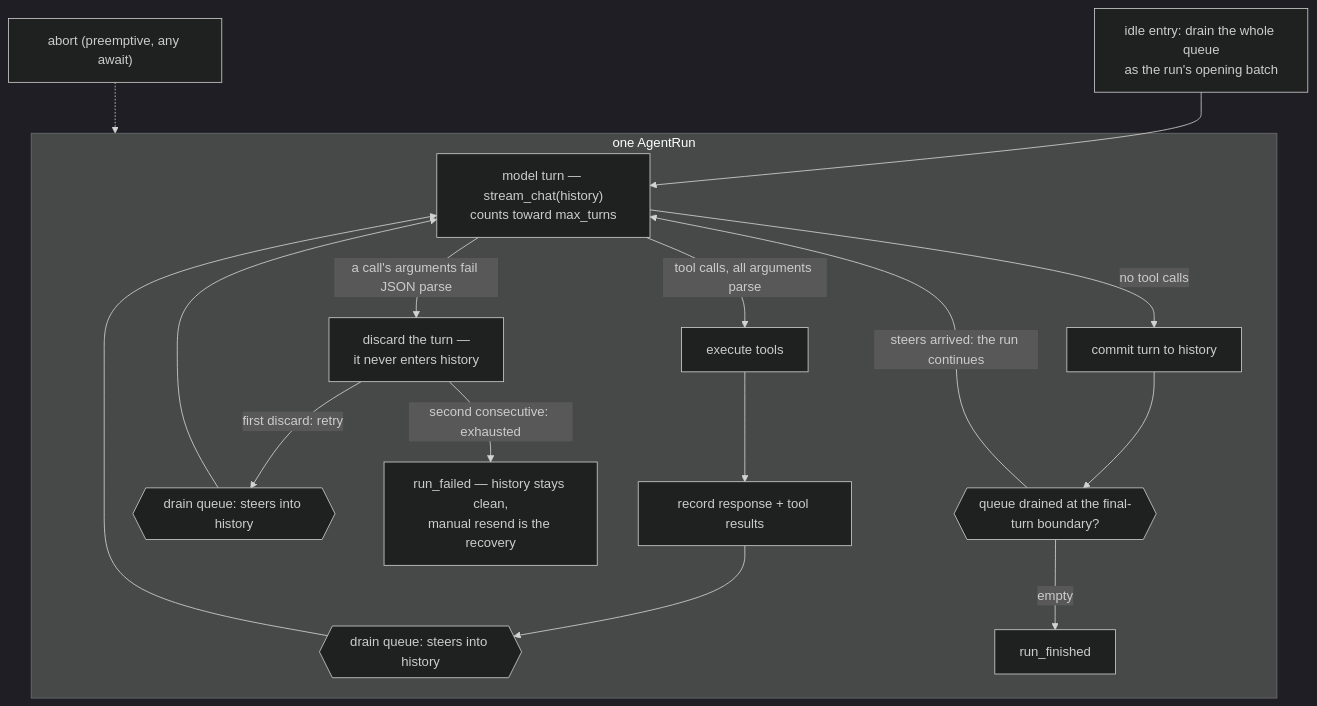
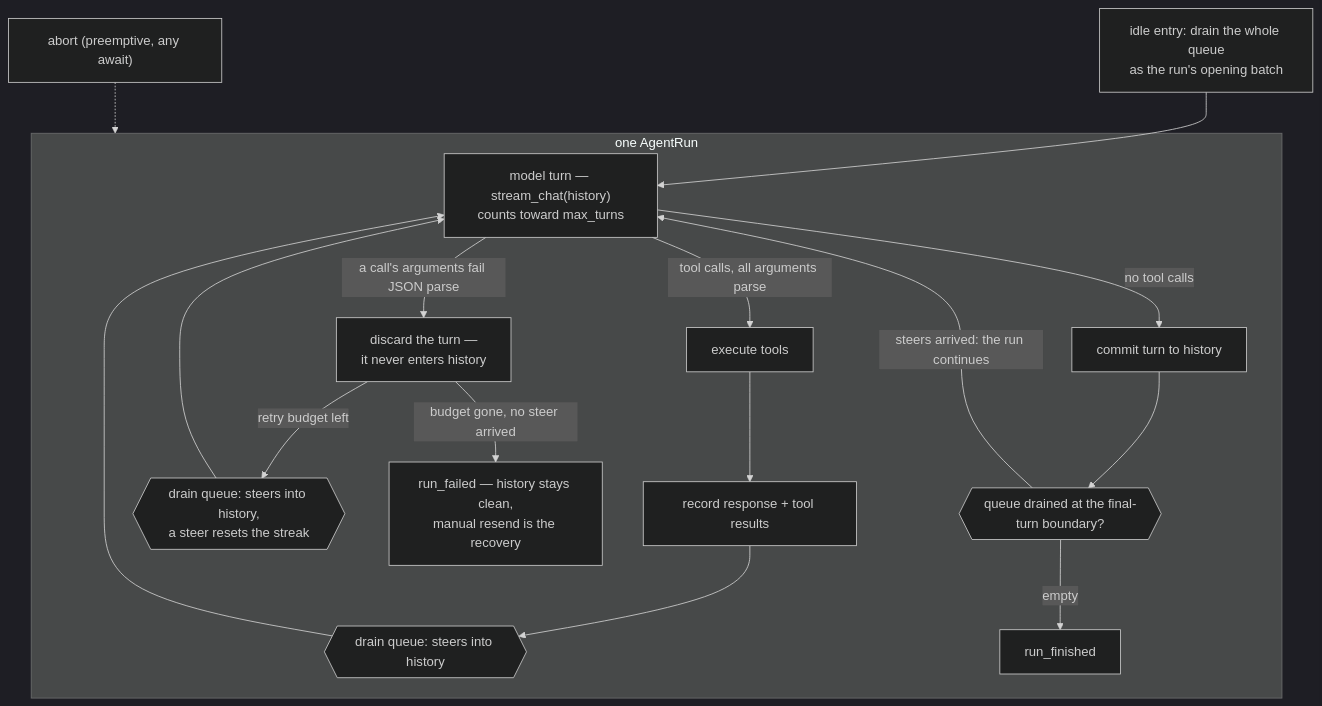
One commit to JerryAZR/tabit changed the diagram in PROTOCOL.md. Above: the diagram before and after it, drawn with Mermaid (dark theme). The commit also changed other lines of this file and 2 other files, not shown here.

First line of the commit message:
defect retry: a drained steer resets the streak (owner ruling on flag 21's exhaustion branch)

````diff
--- a/PROTOCOL.md
+++ b/PROTOCOL.md
@@ -48,20 +48,20 @@
 ```mermaid
 flowchart TD
     IDLE["idle entry: drain the whole queue<br/>as the run's opening batch"] --> T
     subgraph RUN["one AgentRun"]
         T["model turn — stream_chat(history)<br/>counts toward max_turns"]
         T -->|"no tool calls"| FIN["commit turn to history"]
         T -->|"tool calls, all arguments parse"| TOOLS["execute tools"]
         TOOLS --> TR["record response + tool results"]
         TR --> D1{{"drain queue: steers into history"}}
         D1 --> T
         T -->|"a call's arguments fail JSON parse"| DISC["discard the turn —<br/>it never enters history"]
-        DISC -->|"first discard: retry"| D2{{"drain queue: steers into history"}}
+        DISC -->|"retry budget left"| D2{{"drain queue: steers into history,<br/>a steer resets the streak"}}
         D2 --> T
-        DISC -->|"second consecutive: exhausted"| FAIL["run_failed — history stays clean,<br/>manual resend is the recovery"]
+        DISC -->|"budget gone, no steer arrived"| FAIL["run_failed — history stays clean,<br/>manual resend is the recovery"]
         FIN --> D3{{"queue drained at the final-turn boundary?"}}
         D3 -->|"steers arrived: the run continues"| T
         D3 -->|"empty"| DONE["run_finished"]
     end
     ABORT["abort (preemptive, any await)"] -.-> RUN
 ```
````
